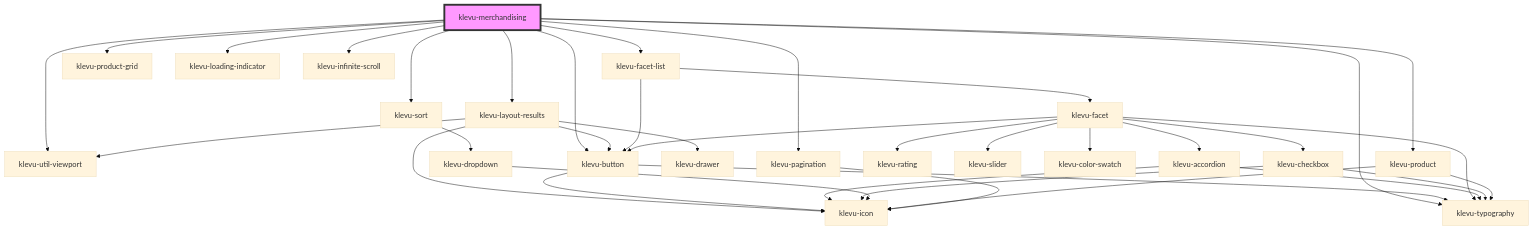
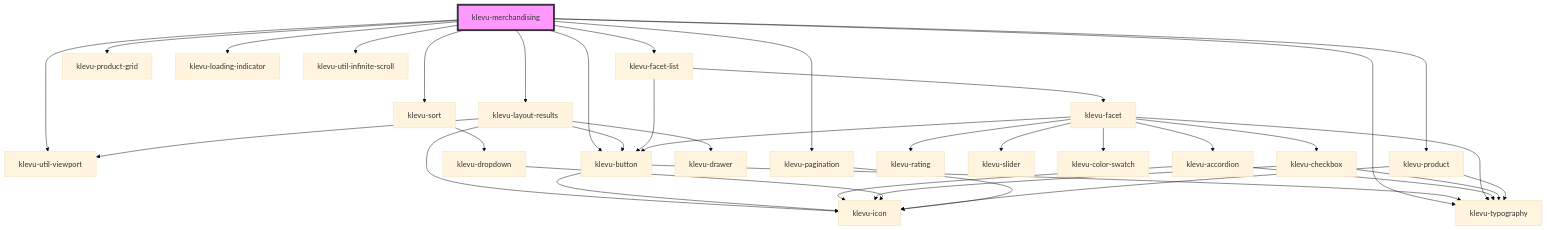
One commit to klevultd/frontend-sdk changed the diagram in packages/klevu-ui/src/components/klevu-merchandising/readme.md. Above: the diagram before and after it, drawn with Mermaid (base theme). The commit also changed other lines of this file and 13 other files, not shown here.

````diff
--- a/packages/klevu-ui/src/components/klevu-merchandising/readme.md
+++ b/packages/klevu-ui/src/components/klevu-merchandising/readme.md
@@ -61,39 +61,39 @@
 ```mermaid
 graph TD;
   klevu-merchandising --> klevu-util-viewport
   klevu-merchandising --> klevu-layout-results
   klevu-merchandising --> klevu-facet-list
   klevu-merchandising --> klevu-typography
   klevu-merchandising --> klevu-sort
   klevu-merchandising --> klevu-product-grid
   klevu-merchandising --> klevu-product
   klevu-merchandising --> klevu-loading-indicator
-  klevu-merchandising --> klevu-infinite-scroll
+  klevu-merchandising --> klevu-util-infinite-scroll
   klevu-merchandising --> klevu-pagination
   klevu-merchandising --> klevu-button
   klevu-layout-results --> klevu-util-viewport
   klevu-layout-results --> klevu-button
   klevu-layout-results --> klevu-icon
   klevu-layout-results --> klevu-drawer
   klevu-button --> klevu-icon
   klevu-button --> klevu-typography
   klevu-facet-list --> klevu-facet
   klevu-facet-list --> klevu-button
   klevu-facet --> klevu-accordion
   klevu-facet --> klevu-rating
   klevu-facet --> klevu-typography
   klevu-facet --> klevu-slider
   klevu-facet --> klevu-color-swatch
   klevu-facet --> klevu-checkbox
   klevu-facet --> klevu-button
   klevu-accordion --> klevu-typography
   klevu-accordion --> klevu-icon
   klevu-checkbox --> klevu-icon
   klevu-checkbox --> klevu-typography
   klevu-sort --> klevu-dropdown
   klevu-dropdown --> klevu-icon
   klevu-product --> klevu-icon
   klevu-product --> klevu-typography
   klevu-pagination --> klevu-icon
   style klevu-merchandising fill:#f9f,stroke:#333,stroke-width:4px
 ```
````
